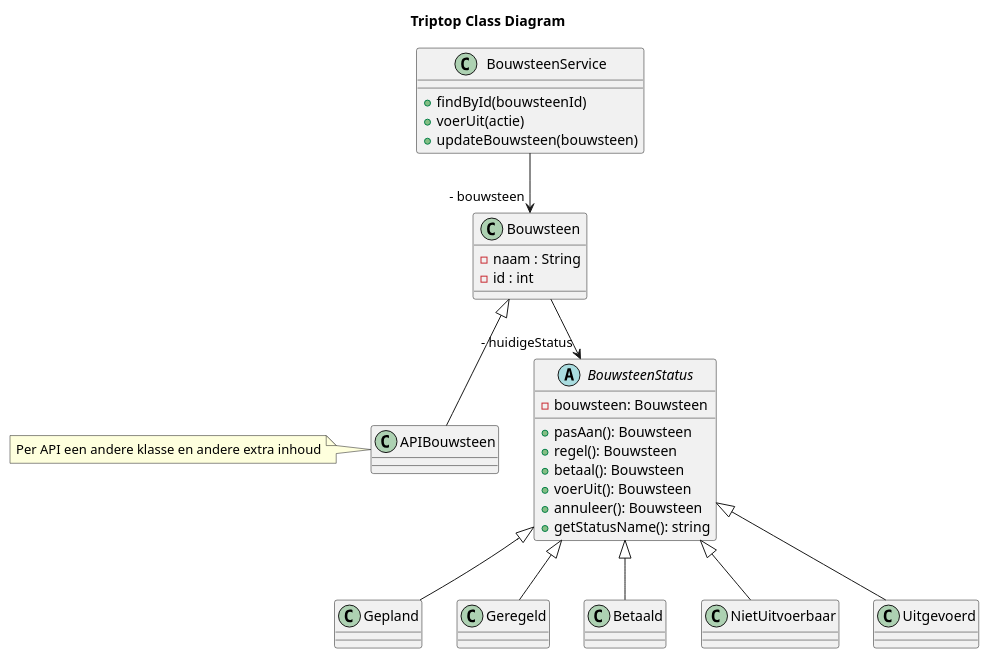
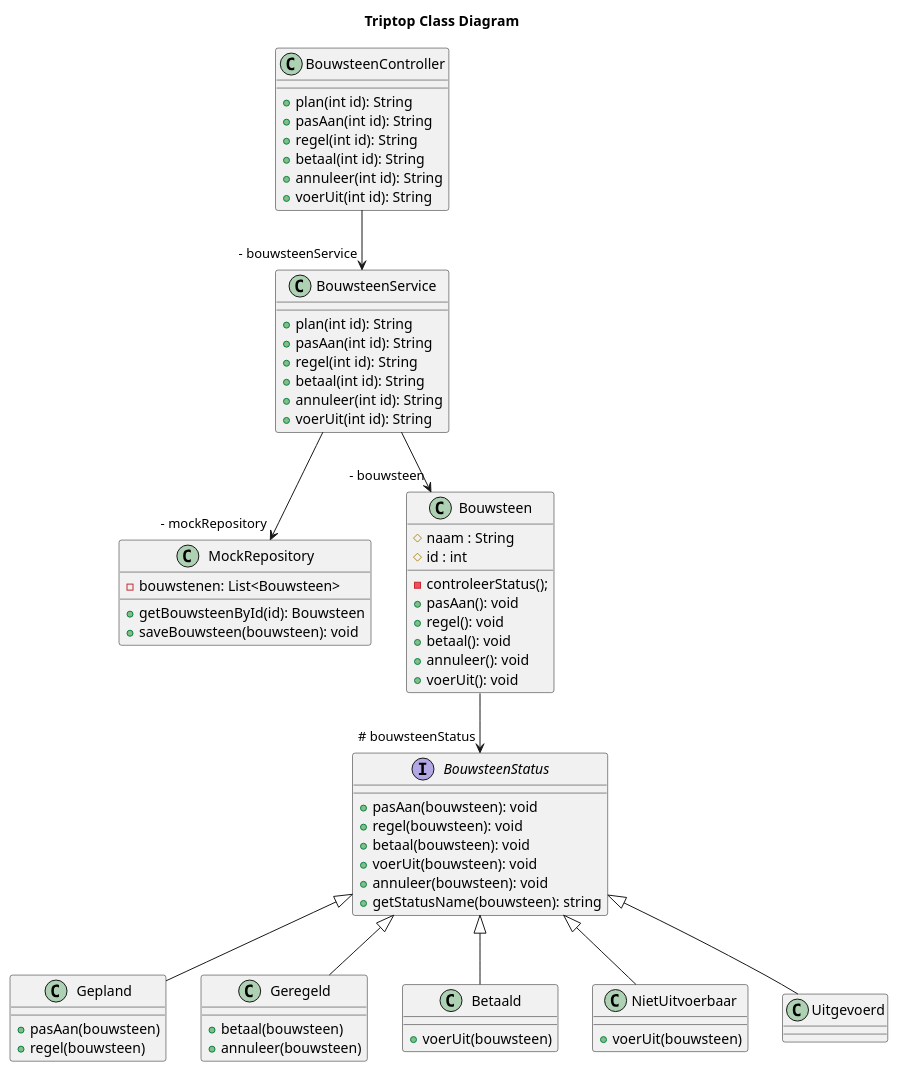
The diagram in individueel/diagram/class/Ninthe-TripTopClassDiagram.puml (AIM-ENE-feb25/triptop-groep-1-met-third-wheel), drawn with PlantUML before and after one commit.

Commit message:
classdiagram update

```diff
--- a/individueel/diagram/class/Ninthe-TripTopClassDiagram.puml
+++ b/individueel/diagram/class/Ninthe-TripTopClassDiagram.puml
@@ -1,41 +1,73 @@
 @startuml
 title Triptop Class Diagram
+class BouwsteenController{
++ plan(int id): String
++ pasAan(int id): String
++ regel(int id): String
++ betaal(int id): String
++ annuleer(int id): String
++ voerUit(int id): String
+}
+
 class BouwsteenService{
-   + findById(bouwsteenId)
-   + voerUit(actie)
-   + updateBouwsteen(bouwsteen)
+   + plan(int id): String
+   + pasAan(int id): String
+   + regel(int id): String
+   + betaal(int id): String
+   + annuleer(int id): String
+   + voerUit(int id): String
+}
+
+class MockRepository{
+ - bouwstenen: List<Bouwsteen>
+ + getBouwsteenById(id): Bouwsteen
+ + saveBouwsteen(bouwsteen): void
 }
 
 class Bouwsteen {
-    - naam : String
-    - id : int
+    # naam : String
+    # id : int
+    - controleerStatus();
+    + pasAan(): void
+    + regel(): void
+    + betaal(): void
+    + annuleer(): void
+    + voerUit(): void
 }
 
-abstract class BouwsteenStatus {
-- bouwsteen: Bouwsteen
- + pasAan(): Bouwsteen
- + regel(): Bouwsteen
- + betaal(): Bouwsteen
- + voerUit(): Bouwsteen
- + annuleer(): Bouwsteen
- + getStatusName(): string
+interface BouwsteenStatus {
+ + pasAan(bouwsteen): void
+ + regel(bouwsteen): void
+ + betaal(bouwsteen): void
+ + voerUit(bouwsteen): void
+ + annuleer(bouwsteen): void
+ + getStatusName(bouwsteen): string
 }
 
-class Gepland
-class Geregeld
-class Betaald
-class NietUitvoerbaar
+class Gepland{
++ pasAan(bouwsteen)
++ regel(bouwsteen)
+}
+class Geregeld{
++betaal(bouwsteen)
++annuleer(bouwsteen)
+}
+class Betaald{
++voerUit(bouwsteen)
+}
+class NietUitvoerbaar{
++ voerUit(bouwsteen)
+}
 class Uitgevoerd
 
-class APIBouwsteen
-note left: Per API een andere klasse en andere extra inhoud
 
-Bouwsteen --> " - huidigeStatus"BouwsteenStatus
+BouwsteenController --> "- bouwsteenService"BouwsteenService
+Bouwsteen --> " # bouwsteenStatus"BouwsteenStatus
 BouwsteenService --> " - bouwsteen" Bouwsteen
-Bouwsteen ^-- APIBouwsteen
+BouwsteenService --> " - mockRepository" MockRepository
 BouwsteenStatus ^-- Gepland
 BouwsteenStatus ^-- Geregeld
 BouwsteenStatus ^-- Betaald
 BouwsteenStatus ^-- NietUitvoerbaar
 BouwsteenStatus ^-- Uitgevoerd
 @enduml
```
